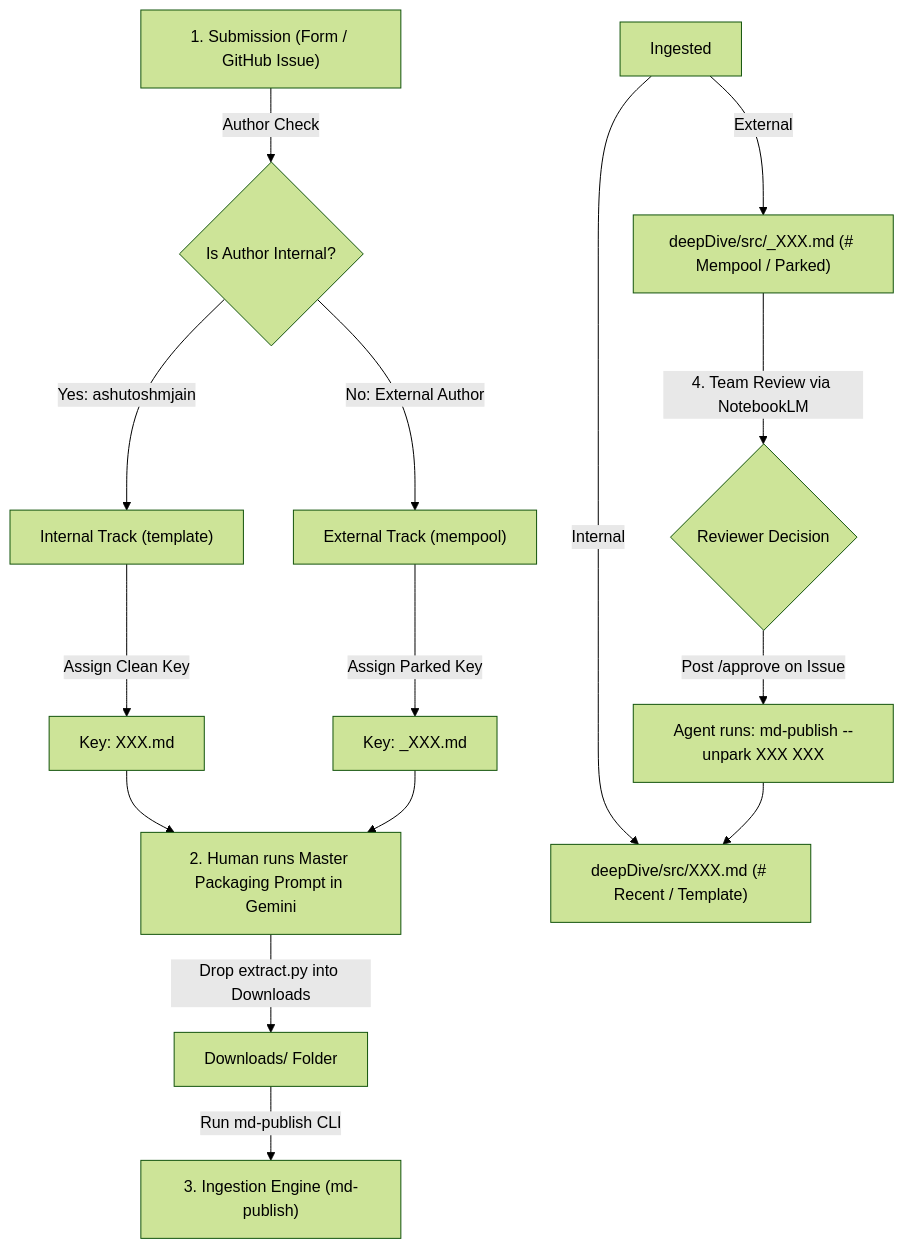
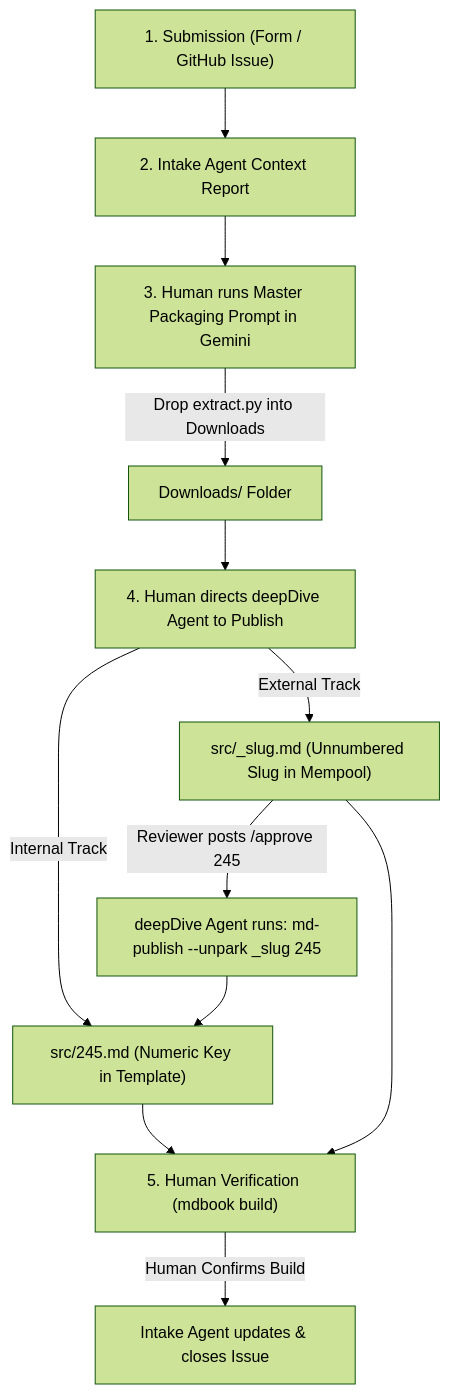
Before and after one commit to ashutoshmjain/shutri: the diagram in RESEARCH_WORKFLOW.md, drawn with Mermaid (forest theme). The commit also changed other lines of this file and 2 other files, not shown here.

Commit message:
docs(workflow): refine mempool unnumbered slug rules and human-agent verification handshake

````diff
--- a/RESEARCH_WORKFLOW.md
+++ b/RESEARCH_WORKFLOW.md
@@ -11,24 +11,17 @@
 ```mermaid
 graph TD
-    H1["1. Submission (Form / GitHub Issue)"] -->|Author Check| Check{"Is Author Internal?"}
+    H1["1. Submission (Form / GitHub Issue)"] --> AgentReport["2. Intake Agent Context Report"]
+    AgentReport --> H2["3. Human runs Master Packaging Prompt in Gemini"]
+    H2 -->|Drop extract.py into Downloads| DL["Downloads/ Folder"]
+    DL --> Direct["4. Human directs deepDive Agent to Publish"]
     
-    Check -->|Yes: ashutoshmjain| IntTrack["Internal Track (template)"]
-    Check -->|No: External Author| ExtTrack["External Track (mempool)"]
+    Direct -->|Internal Track| Template["src/245.md (Numeric Key in Template)"]
+    Direct -->|External Track| Mempool["src/_slug.md (Unnumbered Slug in Mempool)"]
 
-    IntTrack -->|Assign Clean Key| CleanKey["Key: XXX.md"]
-    ExtTrack -->|Assign Parked Key| ParkKey["Key: _XXX.md"]
-
-    CleanKey --> H2["2. Human runs Master Packaging Prompt in Gemini"]
-    ParkKey --> H2
-
-    H2 -->|Drop extract.py into Downloads| DL["Downloads/ Folder"]
-
-    DL -->|Run md-publish CLI| Ingest["3. Ingestion Engine (md-publish)"]
+    Template --> Verify["5. Human Verification (mdbook build)"]
+    Mempool --> Verify
     
-    Ingested -->|Internal| Template["deepDive/src/XXX.md (# Recent / Template)"]
-    Ingested -->|External| Mempool["deepDive/src/_XXX.md (# Mempool / Parked)"]
-
-    Mempool -->|4. Team Review via NotebookLM| Review{"Reviewer Decision"}
-    Review -->|Post /approve on Issue| Approve["Agent runs: md-publish --unpark XXX XXX"]
-    Approve --> Template
+    Verify -->|Human Confirms Build| CloseIssue["Intake Agent updates & closes Issue"]
+    Mempool -->|Reviewer posts /approve 245| Promote["deepDive Agent runs: md-publish --unpark _slug 245"]
+    Promote --> Template
 ```
````
